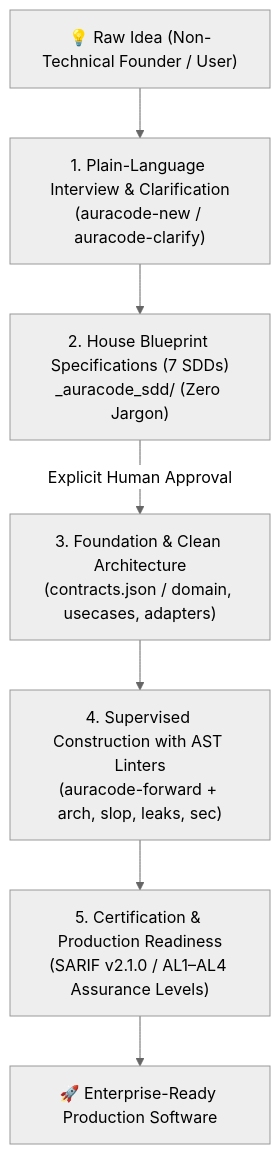
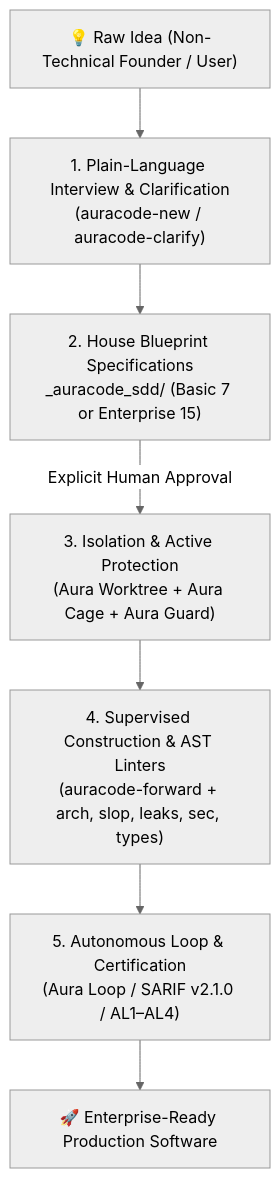
One commit to Maferreira25/Aura-Code changed the diagram in README.md. Above: the diagram before and after it, drawn with Mermaid (neutral theme). The commit also changed other lines of this file and 43 other files, not shown here.

````diff
--- a/README.md
+++ b/README.md
@@ -36,9 +112,9 @@
 ```mermaid
 graph TD
     A["💡 Raw Idea (Non-Technical Founder / User)"] --> B["1. Plain-Language Interview & Clarification<br>(auracode-new / auracode-clarify)"]
-    B --> C["2. House Blueprint Specifications (7 SDDs)<br>_auracode_sdd/ (Zero Jargon)"]
-    C -->|Explicit Human Approval| D["3. Foundation & Clean Architecture<br>(contracts.json / domain, usecases, adapters)"]
-    D --> E["4. Supervised Construction with AST Linters<br>(auracode-forward + arch, slop, leaks, sec)"]
-    E --> F["5. Certification & Production Readiness<br>(SARIF v2.1.0 / AL1–AL4 Assurance Levels)"]
+    B --> C["2. House Blueprint Specifications<br>_auracode_sdd/ (Basic 7 or Enterprise 15)"]
+    C -->|Explicit Human Approval| D["3. Isolation & Active Protection<br>(Aura Worktree + Aura Cage + Aura Guard)"]
+    D --> E["4. Supervised Construction & AST Linters<br>(auracode-forward + arch, slop, leaks, sec, types)"]
+    E --> F["5. Autonomous Loop & Certification<br>(Aura Loop / SARIF v2.1.0 / AL1–AL4)"]
     F --> G["🚀 Enterprise-Ready Production Software"]
 ```
````
